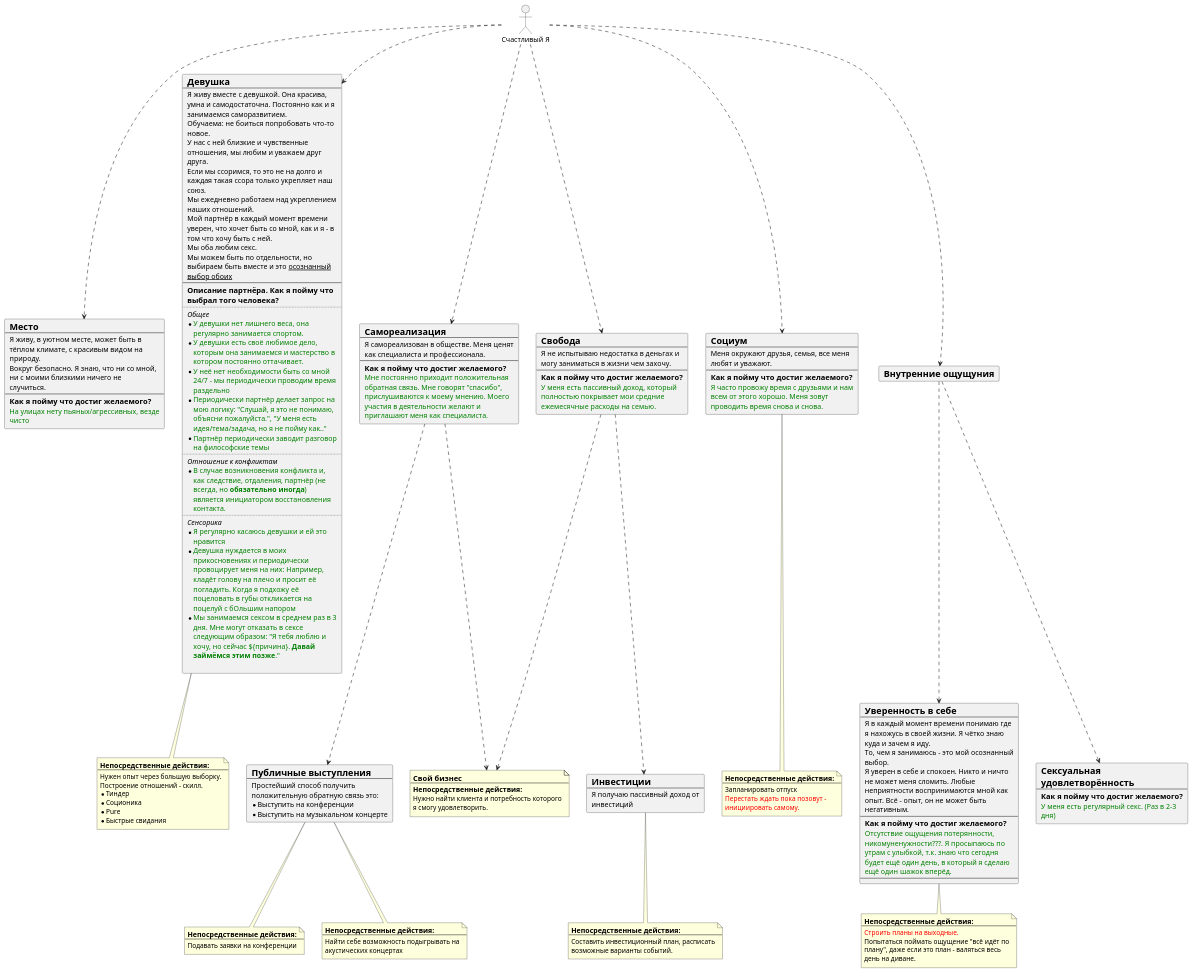
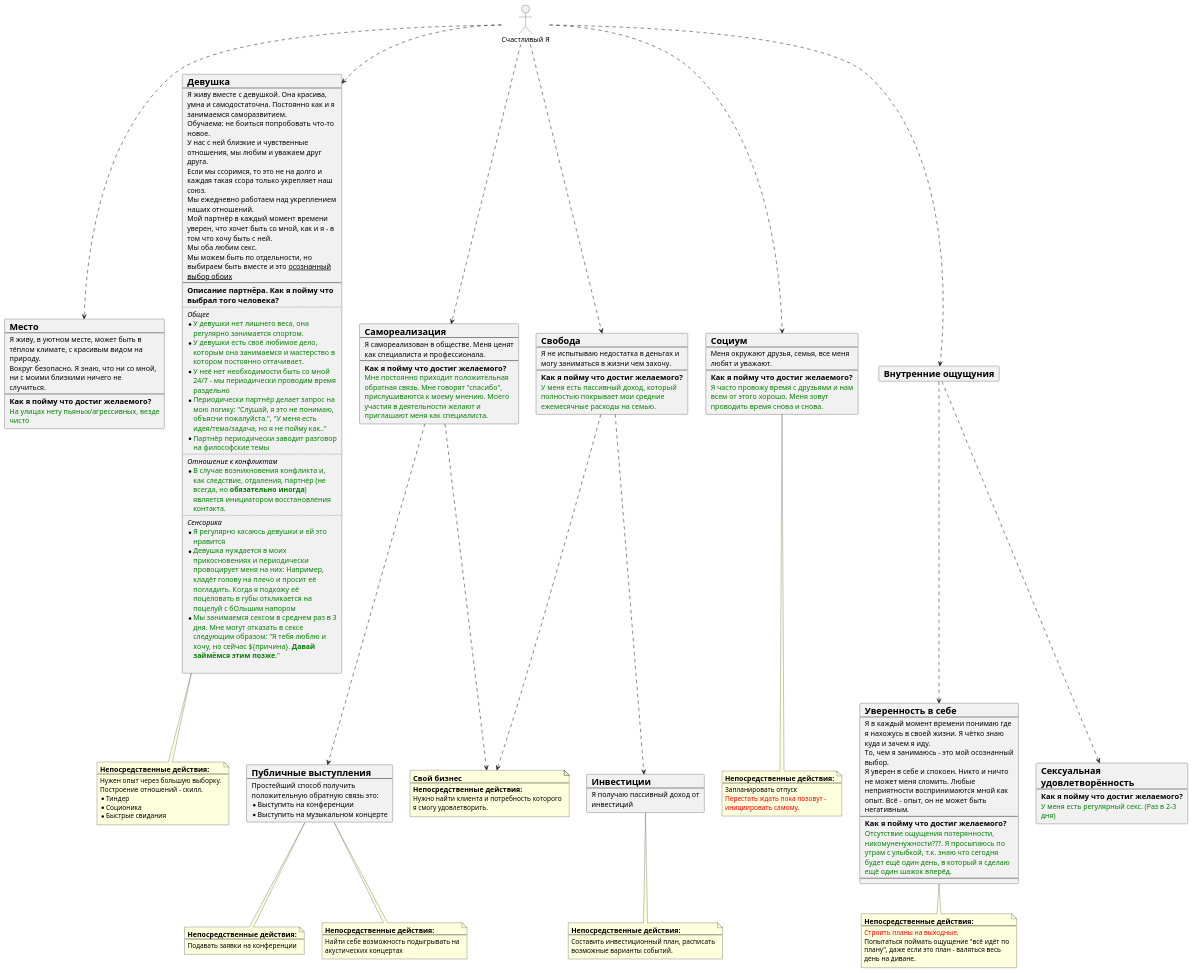
One commit to roasher/project-life changed the diagram in docs/life.puml. Above: the diagram before and after it, drawn with PlantUML.

```diff
--- a/docs/life.puml
+++ b/docs/life.puml
@@ -1,172 +1,171 @@
 @startuml
 skinparam wrapWidth 300
 actor Happy_Me as "Счастливый Я"
 
 card Environment [
 =Место
 ----
 Я живу, в уютном месте, может быть в тёплом климате, с красивым видом на природу.
 Вокруг безопасно. Я знаю, что ни со мной, ни с моими близкими ничего не случиться.
 ----
 ===Как я пойму что достиг желаемого?
 <color:green>На улицах нету пьяных/агрессивных, везде чисто</color>
 ]
 
 card Girlfriend [
 =Девушка
 ----
 Я живу вместе с девушкой. Она красива, умна и самодостаточна. Постоянно как и я занимаемся саморазвитием.
 Обучаема: не боиться попробовать что-то новое.
 У нас с ней близкие и чувственные отношения, мы любим и уважаем друг друга.
 Если мы ссоримся, то это не на долго и каждая такая ссора только укрепляет наш союз.
 Мы ежедневно работаем над укреплением наших отношений.
 Мой партнёр в каждый момент времени уверен, что хочет быть со мной, как и я - в том что хочу быть с ней.
 Мы оба любим секс.
 Мы можем быть по отдельности, но выбираем быть вместе и это <u>осознанный выбор обоих</u>
 ----
 ===Описание партнёра. Как я пойму что выбрал того человека?
 ....
 ====Общее
 * <color:green>У девушки нет лишнего веса, она регулярно занимается спортом.</color>
 * <color:green>У девушки есть своё любимое дело, которым она занимаемся и мастерство в котором постоянно оттачивает.</color>
 * <color:green>У неё нет необходимости быть со мной 24/7 - мы периодически проводим время раздельно</color>
 * <color:green>Периодически партнёр делает запрос на мою логику: "Слушай, я это не понимаю, объясни пожалуйста.", "У меня есть идея/тема/задача, но я не пойму как.."</color>
 * <color:green>Партнёр периодически заводит разговор на философские темы</color>
 ....
 ====Отношение к конфликтам
 * <color:green>В случае возникновения конфликта и, как следствие, отдаления, партнёр (не всегда, но **обязательно иногда**) является инициатором восстановления контакта.</color>
 ....
 ====Сенсорика
 * <color:green>Я регулярно касаюсь девушки и ей это нравится</color>
 * <color:green>Девушка нуждается в моих прикосновениях и периодически провоцирует меня на них: Например, кладёт голову на плечо и просит её погладить. Когда я подхожу её поцеловать в губы откликается на поцелуй с бОльшим напором</color>
 * <color:green>Мы занимаемся сексом в среднем раз в 3 дня. Мне могут отказать в сексе следующим образом: "Я тебя люблю и хочу, но сейчас ${причина}. **Давай займёмся этим позже**."</color>
 
 ]
 
 note bottom of Girlfriend
 ===Непосредственные действия:
 ----
 Нужен опыт через большую выборку. Построение отношений - скилл.
 * Тиндер
 * Соционика
-* Pure
 * Быстрые свидания
 end note
 
 card SelfRealisation [
 =Самореализация
 ----
 Я самореализован в обществе. Меня ценят как специалиста и профессионала.
 ----
 ===Как я пойму что достиг желаемого?
 <color:green>Мне постоянно приходит положительная обратная связь. Мне говорят "спасибо", прислушиваются к моему мнению. Моего участия в деятельности желают и приглашают меня как специалиста.</color>
 ]
 
 card PublicSpeaking [
 =Публичные выступления
 ----
 Простейший способ получить положительную обратную связь это:
 * Выступить на конференции
 * Выступить на музыкальном концерте
 ]
 
 note bottom of PublicSpeaking
 ===Непосредственные действия:
 ----
 Подавать заявки на конференции
 end note
 
 note bottom of PublicSpeaking
 ===Непосредственные действия:
 ----
 Найти себе возможность подыгрывать на акустических концертах
 end note
 
 card Freedom [
 =Свобода
 ----
 Я не испытываю недостатка в деньгах и могу заниматься в жизни чем захочу.
 ----
 ===Как я пойму что достиг желаемого?
 <color:green>У меня есть пассивный доход, который полностью покрывает мои средние ежемесячные расходы на семью.</color>
 ]
 
 card Social [
 =Социум
 ----
 Меня окружают друзья, семья, все меня любят и уважают.
 ----
 ===Как я пойму что достиг желаемого?
 <color:green>Я часто провожу время с друзьями и нам всем от этого хорошо. Меня зовут проводить время снова и снова.</color>
 ]
 
 note bottom of Social
 ===Непосредственные действия:
 ----
 Запланировать отпуск
 <color:red>Перестать ждать пока позовут - инициировать самому.</color>
 end note
 
 card Investing [
 =Инвестиции
 ----
 Я получаю пассивный доход от инвестиций
 ]
 
 note bottom of Investing
 ===Непосредственные действия:
 ----
 Составить инвестиционный план, расписать возможные варианты событий.
 end note
 
 note as Business
 ==Свой бизнес
 ---
 ===Непосредственные действия:
 Нужно найти клиента и потребность которого я смогу удовлетворить.
 end note
 
 card InnerFeelings [
 =Внутренние ощущуния
 ]
 
 card SelfConfidence [
 =Уверенность в себе
 ----
 Я в каждый момент времени понимаю где я нахожусь в своей жизни. Я чётко знаю куда и зачем я иду.
 То, чем я занимаюсь - это мой осознанный выбор.
 Я уверен в себе и спокоен. Никто и ничто не может меня сломить. Любые неприятности воспринимаются мной как опыт. Всё - опыт, он не может быть негативным.
 ----
 ===Как я пойму что достиг желаемого?
 <color:green>Отсутствие ощущения потерянности, никомуненужности???. Я просыпаюсь по утрам с улыбкой, т.к. знаю что сегодня будет ещё один день, в который я сделаю ещё один шажок вперёд.</color>
 ----
 ]
 
 note bottom
 ===Непосредственные действия:
 ----
 <color:red>Строить планы на выходные.</color>
 Попытаться поймать ощущение "всё идёт по плану", даже если это план - валяться весь день на диване.
 end note
 
 card Sex [
 =Сексуальная удовлетворённость
 ----
 ===Как я пойму что достиг желаемого?
 <color:green>У меня есть регулярный секс. (Раз в 2-3 дня)</color>
 ]
 
 Happy_Me .-> Environment
 Happy_Me .-> Girlfriend
 Happy_Me .-> SelfRealisation
 Happy_Me .-> Social
 Happy_Me .-> Freedom
 Freedom .-> Investing
 Freedom .-> Business
 SelfRealisation .-> Business
 SelfRealisation .-> PublicSpeaking
 Happy_Me .-> InnerFeelings
 InnerFeelings .-> SelfConfidence
 InnerFeelings .-> Sex
 
 @enduml
```
